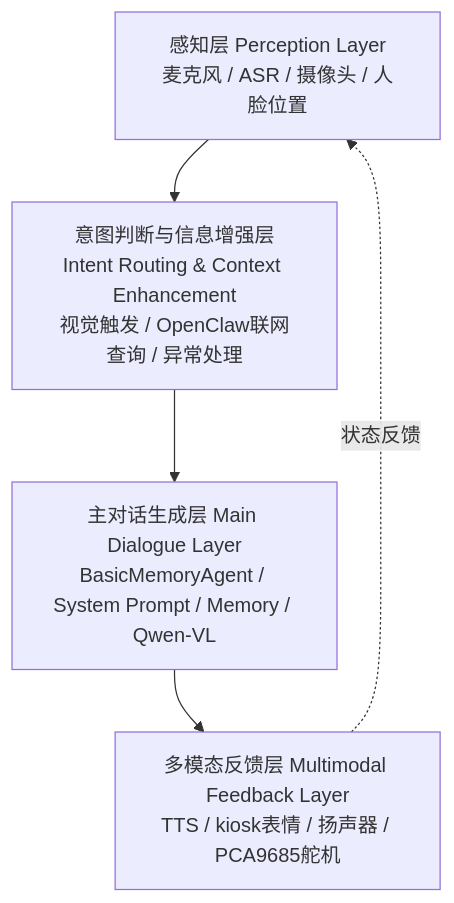
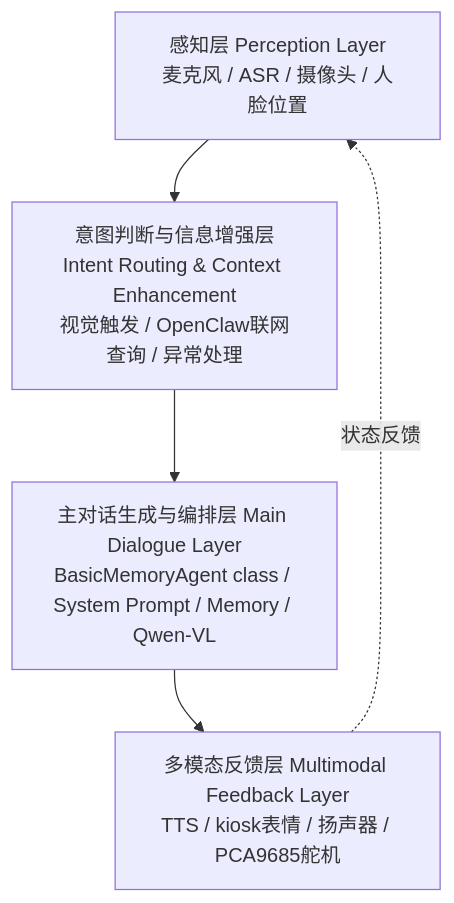
One commit to KQuaneo/MyGraduationProject changed the first of 5 diagrams in docs/thesis/public-thesis-materials.md. Above: the diagram before and after it, drawn with Mermaid. The commit also changed other lines of this file, not shown here.

Commit message:
docs: clarify dialogue output flow

````diff
--- a/docs/thesis/public-thesis-materials.md
+++ b/docs/thesis/public-thesis-materials.md
@@ -58,10 +58,10 @@
 ```mermaid
 flowchart TB
     L1[感知层 Perception Layer<br/>麦克风 / ASR / 摄像头 / 人脸位置]
     L2[意图判断与信息增强层<br/>Intent Routing & Context Enhancement<br/>视觉触发 / OpenClaw联网查询 / 异常处理]
-    L3[主对话生成层 Main Dialogue Layer<br/>BasicMemoryAgent / System Prompt / Memory / Qwen-VL]
+    L3[主对话生成与编排层 Main Dialogue Layer<br/>BasicMemoryAgent class / System Prompt / Memory / Qwen-VL]
     L4[多模态反馈层 Multimodal Feedback Layer<br/>TTS / kiosk表情 / 扬声器 / PCA9685舵机]
 
     L1 --> L2 --> L3 --> L4
     L4 -. 状态反馈 .-> L1
 ```
````
